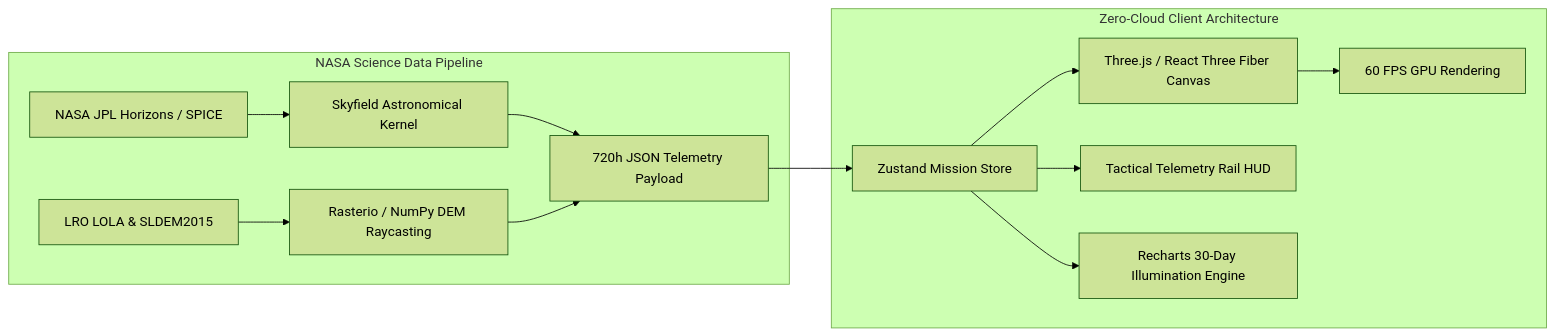
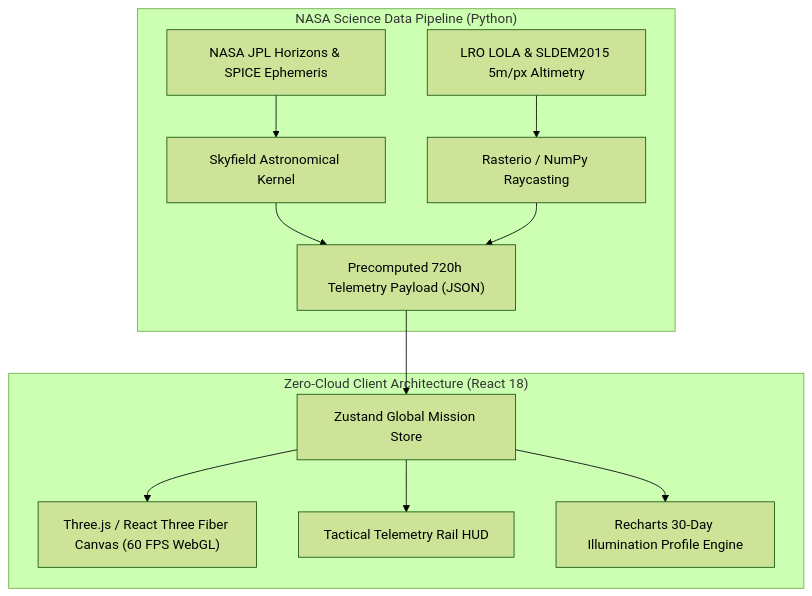
The diagram in README.md (joahan77/clps-lunar-mission-browser-hackathon), drawn with Mermaid (forest theme) before and after one commit. The commit also changed other lines of this file, not shown here.

Commit message:
fix(docs): switch architecture diagram to top-down flowchart to prevent text clipping and remove delimiter conflict in KaTeX math

````diff
--- a/README.md
+++ b/README.md
@@ -126,17 +126,16 @@
 ```mermaid
-flowchart LR
-    subgraph Pipeline["NASA Science Data Pipeline"]
-        A["NASA JPL Horizons / SPICE"] --> B["Skyfield Astronomical Kernel"]
-        C["LRO LOLA & SLDEM2015"] --> D["Rasterio / NumPy DEM Raycasting"]
-        B --> E["720h JSON Telemetry Payload"]
+flowchart TD
+    subgraph Pipeline["NASA Science Data Pipeline (Python)"]
+        A["NASA JPL Horizons & SPICE Ephemeris"] --> B["Skyfield Astronomical Kernel"]
+        C["LRO LOLA & SLDEM2015 5m/px Altimetry"] --> D["Rasterio / NumPy Raycasting"]
+        B --> E["Precomputed 720h Telemetry Payload (JSON)"]
         D --> E
     end
 
-    subgraph Client["Zero-Cloud Client Architecture"]
-        E --> F["Zustand Mission Store"]
-        F --> G["Three.js / React Three Fiber Canvas"]
+    subgraph Client["Zero-Cloud Client Architecture (React 18)"]
+        E --> F["Zustand Global Mission Store"]
+        F --> G["Three.js / React Three Fiber Canvas (60 FPS WebGL)"]
         F --> H["Tactical Telemetry Rail HUD"]
-        F --> I["Recharts 30-Day Illumination Engine"]
-        G --> J["60 FPS GPU Rendering"]
+        F --> I["Recharts 30-Day Illumination Profile Engine"]
     end
 ```
````
